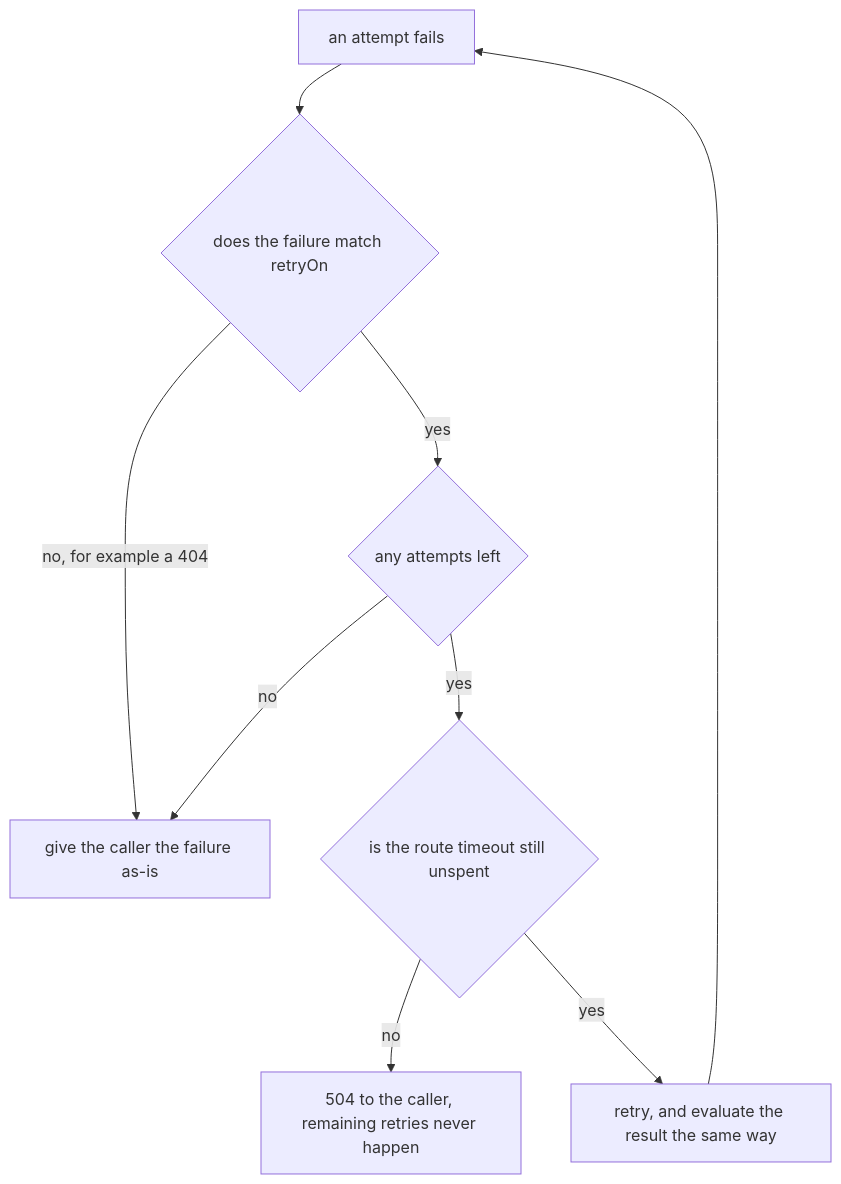
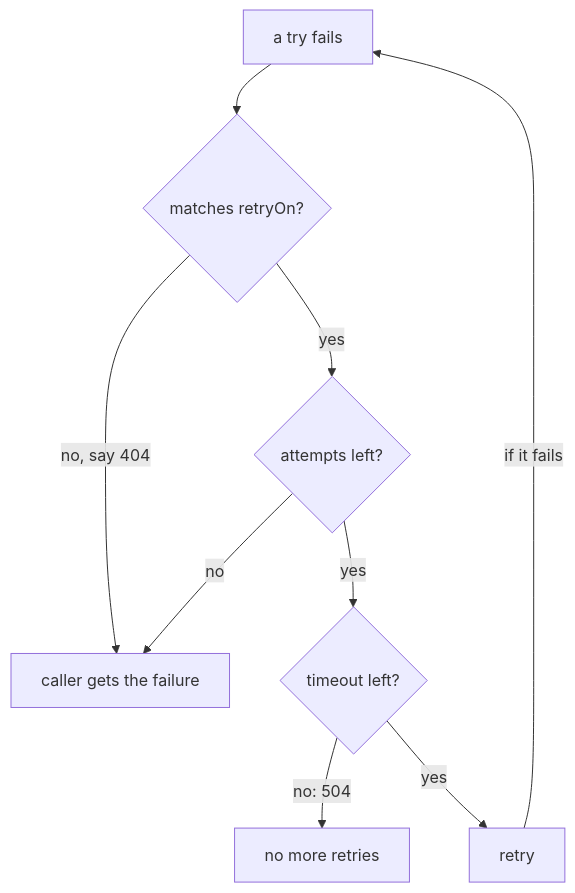
The second of 2 diagrams in sections/section-040/module-01/course-02-the-retry-policy.md (astrona-io/ATS014), drawn with Mermaid before and after one commit. The commit also changed other lines of this file and 444 other files, not shown here.

````diff
--- a/sections/section-040/module-01/course-02-the-retry-policy.md
+++ b/sections/section-040/module-01/course-02-the-retry-policy.md
@@ -40,11 +67,11 @@
 ```mermaid
-flowchart TD
-    A["an attempt fails"] --> Q{"does the failure match retryOn"}
-    Q -->|"no, for example a 404"| S["give the caller the failure as-is"]
-    Q -->|"yes"| B{"any attempts left"}
+flowchart TB
+    A["a try fails"] --> Q{"matches retryOn?"}
+    Q -->|"no, say 404"| S["caller gets the failure"]
+    Q -->|"yes"| B{"attempts left?"}
     B -->|"no"| S
-    B -->|"yes"| T{"is the route timeout still unspent"}
-    T -->|"no"| X["504 to the caller, remaining retries never happen"]
-    T -->|"yes"| R["retry, and evaluate the result the same way"]
-    R --> A
+    B -->|"yes"| T{"timeout left?"}
+    T -->|"no: 504"| X["no more retries"]
+    T -->|"yes"| R["retry"]
+    R -->|"if it fails"| A
 ```
````
